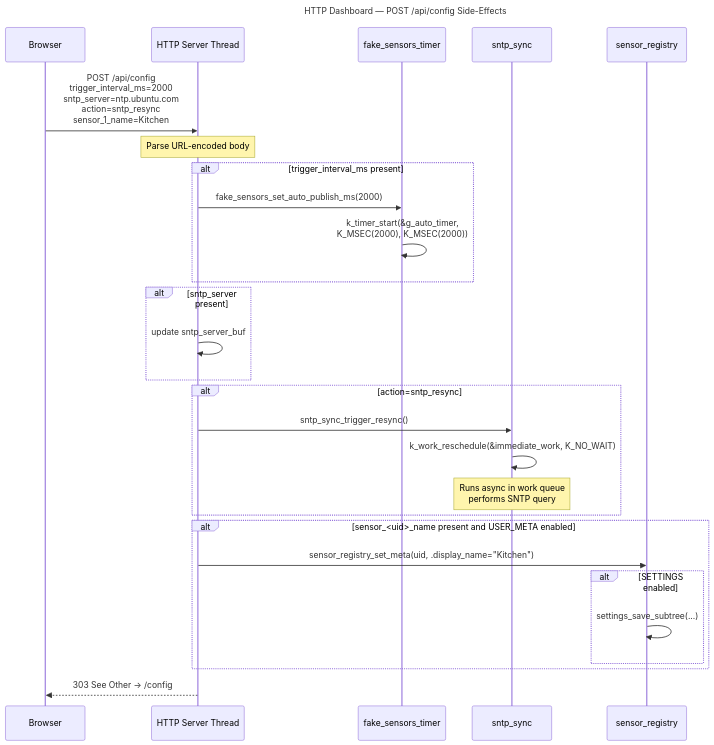
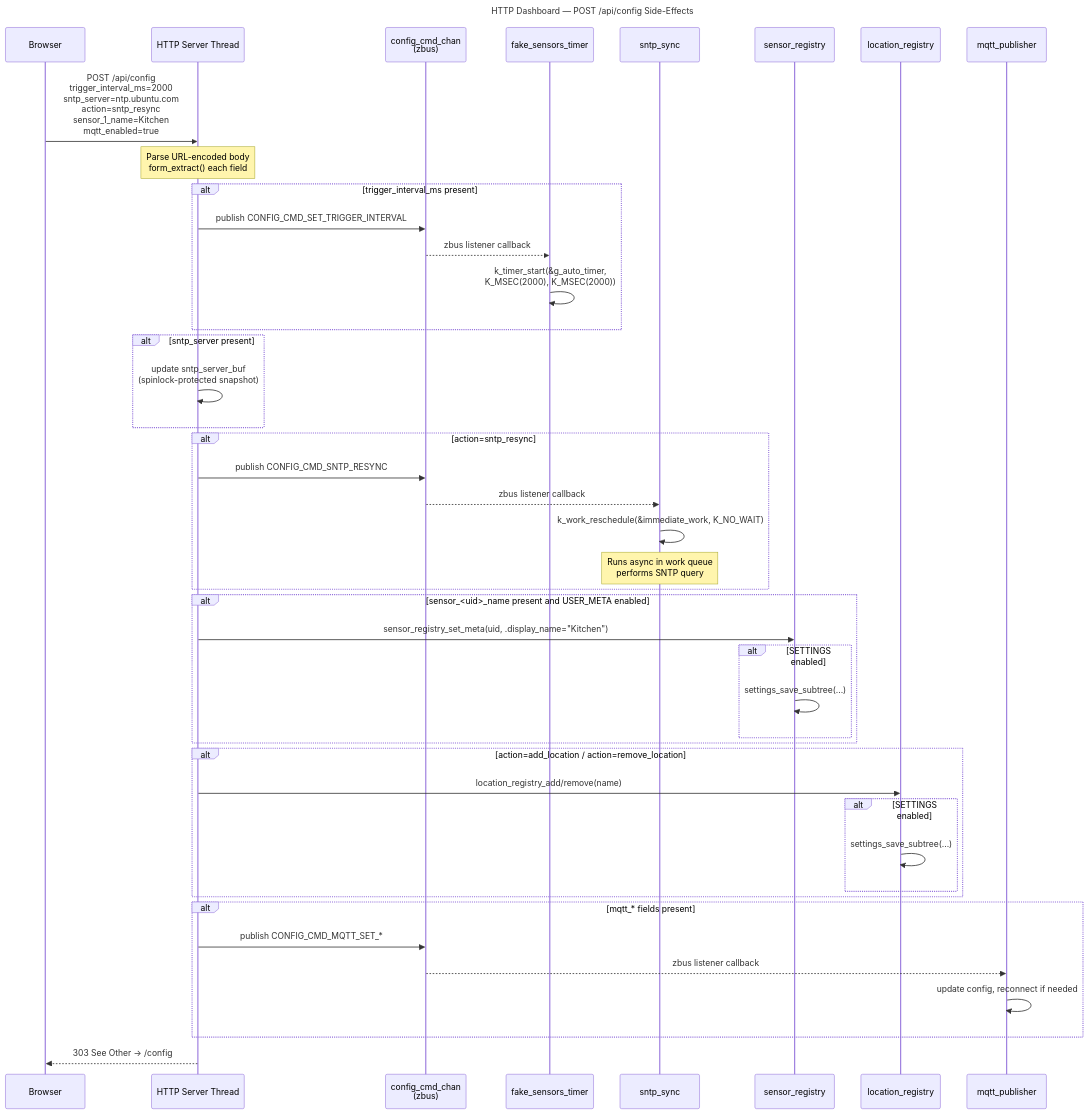
The diagram in docs/architecture/diagrams/http-flow.mmd (tobiwan88/weather-station), drawn with Mermaid before and after one commit. The commit also changed 17 other files, not shown here.

```diff
--- a/docs/architecture/diagrams/http-flow.mmd
+++ b/docs/architecture/diagrams/http-flow.mmd
@@ -1,37 +1,55 @@
 ---
 title: HTTP Dashboard — POST /api/config Side-Effects
 ---
 sequenceDiagram
     participant BR as Browser
     participant HTTP as HTTP Server Thread
+    participant CC as config_cmd_chan<br/>(zbus)
     participant FS as fake_sensors_timer
     participant SNTP as sntp_sync
     participant SR as sensor_registry
+    participant LOC as location_registry
+    participant MQTTP as mqtt_publisher
 
-    BR->>HTTP: POST /api/config<br/>trigger_interval_ms=2000<br/>sntp_server=ntp.ubuntu.com<br/>action=sntp_resync<br/>sensor_1_name=Kitchen
+    BR->>HTTP: POST /api/config<br/>trigger_interval_ms=2000<br/>sntp_server=ntp.ubuntu.com<br/>action=sntp_resync<br/>sensor_1_name=Kitchen<br/>mqtt_enabled=true
 
-    Note over HTTP: Parse URL-encoded body
+    Note over HTTP: Parse URL-encoded body<br/>form_extract() each field
 
     alt trigger_interval_ms present
-        HTTP->>FS: fake_sensors_set_auto_publish_ms(2000)
+        HTTP->>CC: publish CONFIG_CMD_SET_TRIGGER_INTERVAL
+        CC-->>FS: zbus listener callback
         FS->>FS: k_timer_start(&g_auto_timer,<br/>K_MSEC(2000), K_MSEC(2000))
     end
 
     alt sntp_server present
-        HTTP->>HTTP: update sntp_server_buf
+        HTTP->>HTTP: update sntp_server_buf<br/>(spinlock-protected snapshot)
     end
 
     alt action=sntp_resync
-        HTTP->>SNTP: sntp_sync_trigger_resync()
+        HTTP->>CC: publish CONFIG_CMD_SNTP_RESYNC
+        CC-->>SNTP: zbus listener callback
         SNTP->>SNTP: k_work_reschedule(&immediate_work, K_NO_WAIT)
         Note over SNTP: Runs async in work queue<br/>performs SNTP query
     end
 
     alt sensor_<uid>_name present and USER_META enabled
         HTTP->>SR: sensor_registry_set_meta(uid, .display_name="Kitchen")
         alt SETTINGS enabled
             SR->>SR: settings_save_subtree(...)
         end
     end
 
+    alt action=add_location / action=remove_location
+        HTTP->>LOC: location_registry_add/remove(name)
+        alt SETTINGS enabled
+            LOC->>LOC: settings_save_subtree(...)
+        end
+    end
+
+    alt mqtt_* fields present
+        HTTP->>CC: publish CONFIG_CMD_MQTT_SET_*
+        CC-->>MQTTP: zbus listener callback
+        MQTTP->>MQTTP: update config, reconnect if needed
+    end
+
     HTTP-->>BR: 303 See Other → /config
```
